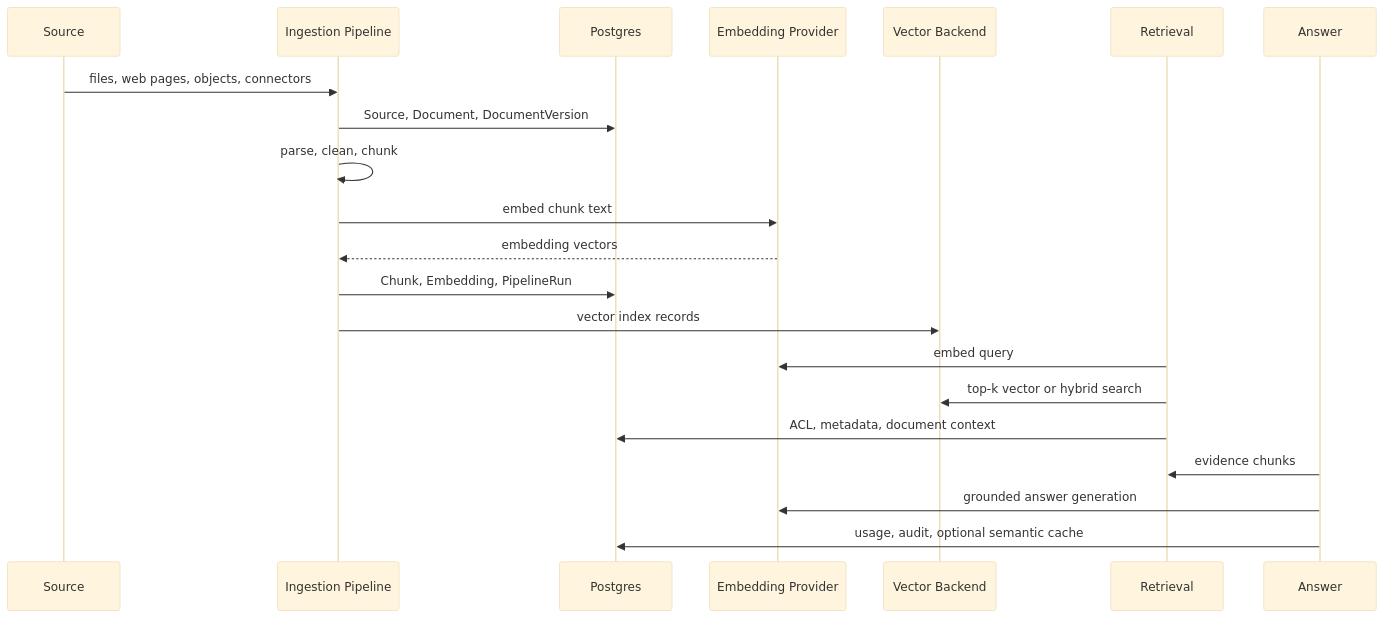
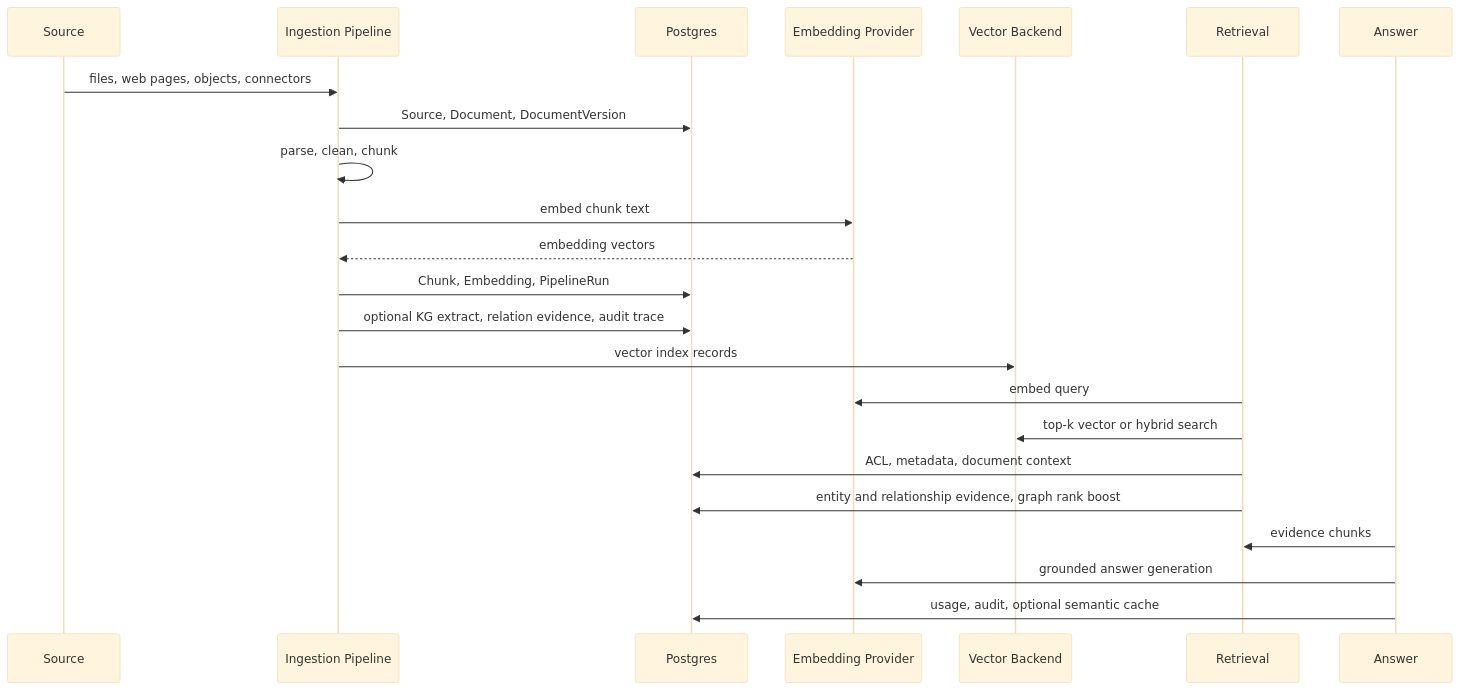
Before and after one commit to evilgaoshu/ragrig: the second of 2 diagrams in docs/architecture.md, drawn with Mermaid (base theme). The commit also changed other lines of this file and 19 other files, not shown here.

Commit message:
feat: add auditable Graph-RAG extraction pipeline (#301)

````diff
--- a/docs/architecture.md
+++ b/docs/architecture.md
@@ -52,24 +55,26 @@
 ```mermaid
 sequenceDiagram
     participant Source
     participant Ingest as Ingestion Pipeline
     participant DB as Postgres
     participant Provider as Embedding Provider
     participant Vector as Vector Backend
     participant Retrieval
     participant Answer
 
     Source->>Ingest: files, web pages, objects, connectors
     Ingest->>DB: Source, Document, DocumentVersion
     Ingest->>Ingest: parse, clean, chunk
     Ingest->>Provider: embed chunk text
     Provider-->>Ingest: embedding vectors
     Ingest->>DB: Chunk, Embedding, PipelineRun
+    Ingest->>DB: optional KG extract, relation evidence, audit trace
     Ingest->>Vector: vector index records
     Retrieval->>Provider: embed query
     Retrieval->>Vector: top-k vector or hybrid search
     Retrieval->>DB: ACL, metadata, document context
+    Retrieval->>DB: entity and relationship evidence, graph rank boost
     Answer->>Retrieval: evidence chunks
     Answer->>Provider: grounded answer generation
     Answer->>DB: usage, audit, optional semantic cache
 ```
````
